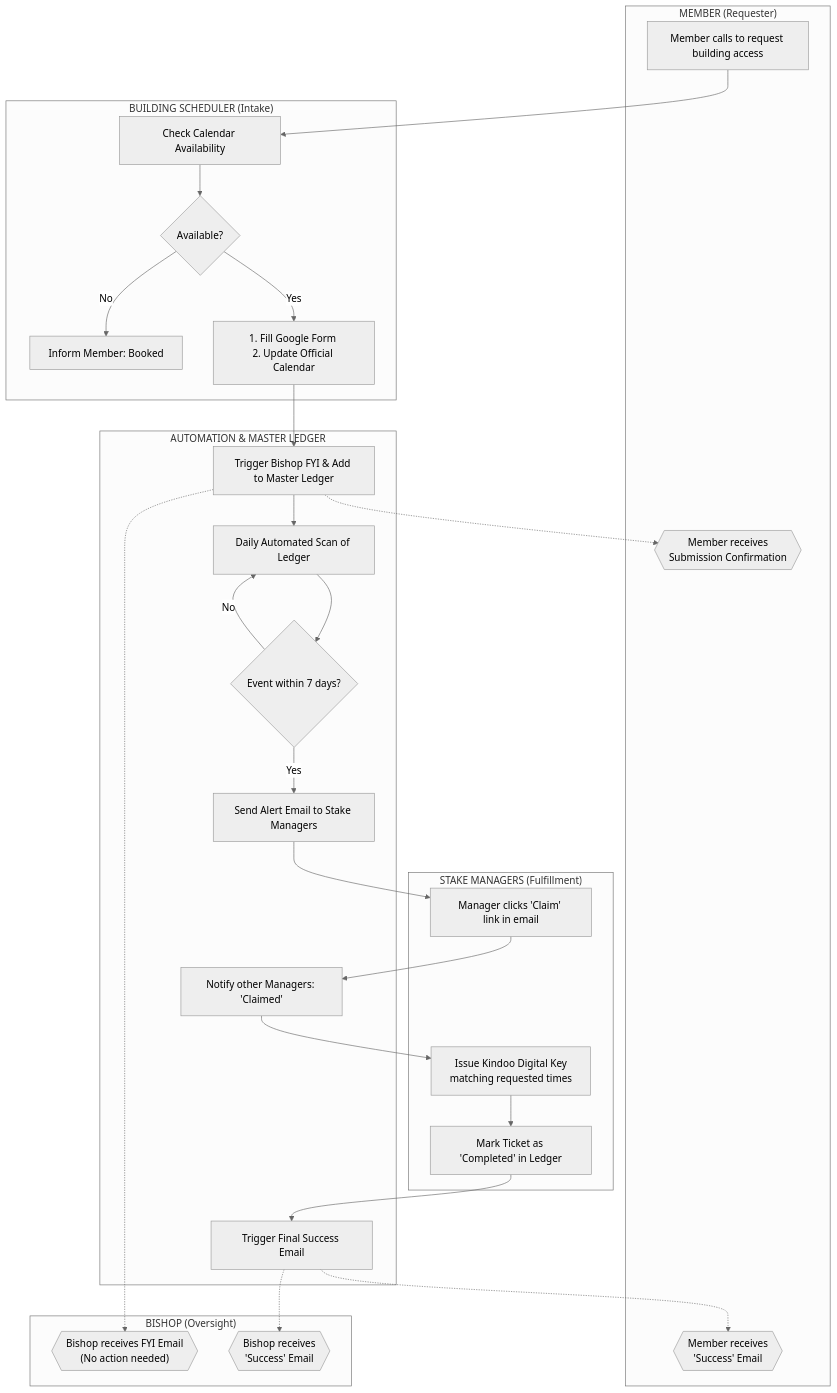
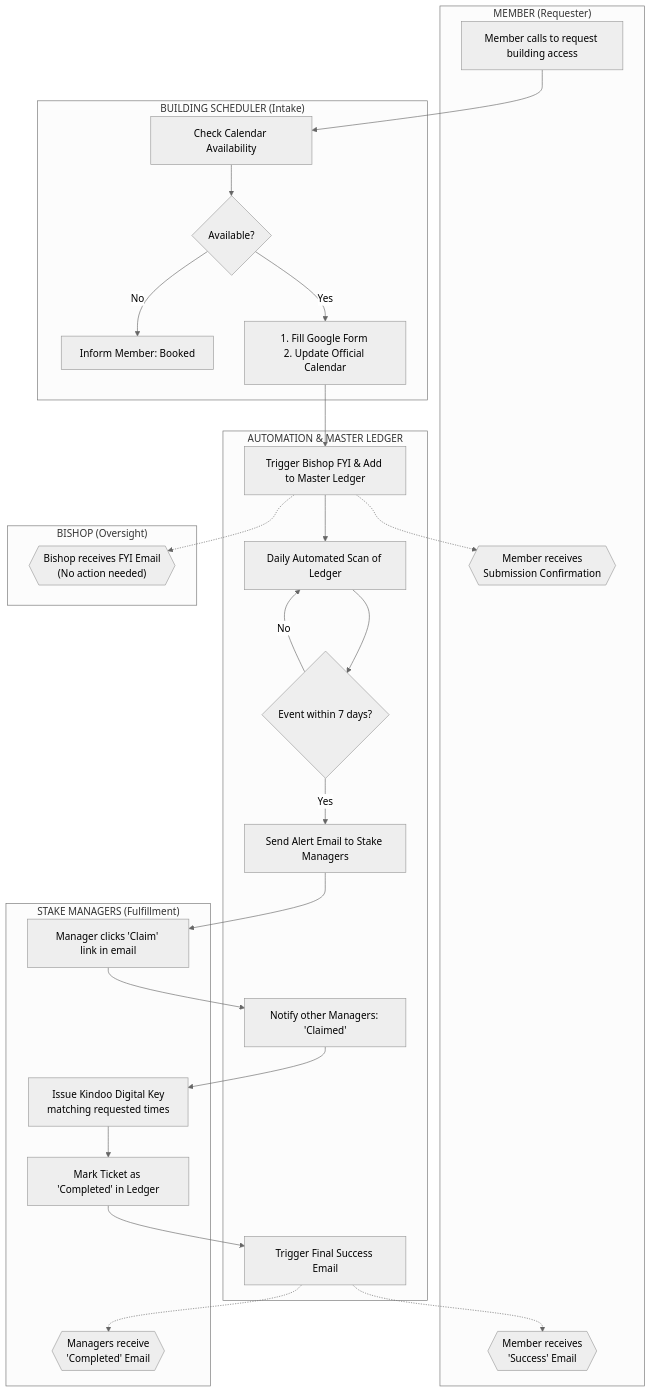
The diagram in kindoo-stake-manager/building-access-workflow.md (BenTullis/kindoo-key-request-form), drawn with Mermaid (neutral theme) before and after one commit.

Commit message:
Update Flow

````diff
--- a/kindoo-stake-manager/building-access-workflow.md
+++ b/kindoo-stake-manager/building-access-workflow.md
@@ -3,54 +3,54 @@
 ```mermaid
 graph TD
     subgraph "MEMBER (Requester)"
         A1[Member calls to request building access]
         L0{{"Member receives <br/>Submission Confirmation"}}
         L1{{"Member receives <br/>'Success' Email"}}
     end
 
     subgraph "BUILDING SCHEDULER (Intake)"
         B1[Check Calendar Availability]
         B2{Available?}
         B2 -- No --> B3[Inform Member: Booked]
         B4[1. Fill Google Form <br/>2. Update Official Calendar]
     end
 
     subgraph "AUTOMATION & MASTER LEDGER"
         C1[Trigger Bishop FYI & Add to Master Ledger]
         C2[Daily Automated Scan of Ledger]
         C3{Event within 7 days?}
         C4[Send Alert Email to Stake Managers]
         H1[Notify other Managers: 'Claimed']
         K1[Trigger Final Success Email]
     end
 
     subgraph "STAKE MANAGERS (Fulfillment)"
         G1[Manager clicks 'Claim' link in email]
         I1[Issue Kindoo Digital Key <br/>matching requested times]
         J1[Mark Ticket as 'Completed' in Ledger]
+        M1{{"Managers receive <br/>'Completed' Email"}}
     end
 
     subgraph "BISHOP (Oversight)"
         E1{{"Bishop receives FYI Email <br/>(No action needed)"}}
-        L2{{"Bishop receives <br/>'Success' Email"}}
     end
 
     %% Connections
     A1 --> B1
     B1 --> B2
     B2 -- Yes --> B4
     B4 --> C1
     C1 -.-> E1
     C1 -.-> L0
     C1 --> C2
     C2 --> C3
     C3 -- No --> C2
     C3 -- Yes --> C4
     C4 --> G1
     G1 --> H1
     H1 --> I1
     I1 --> J1
     J1 --> K1
     K1 -.-> L1
-    K1 -.-> L2
+    K1 -.-> M1
 ```
````
